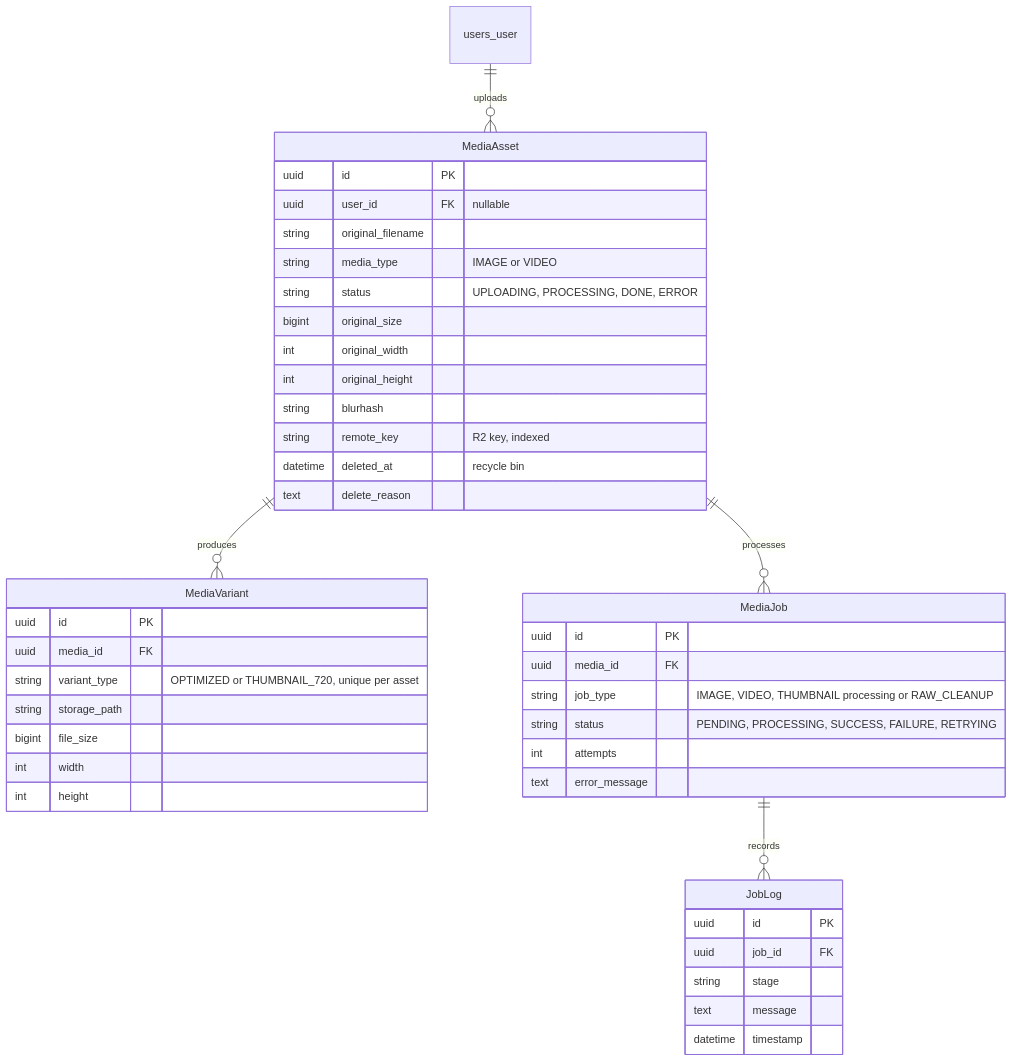
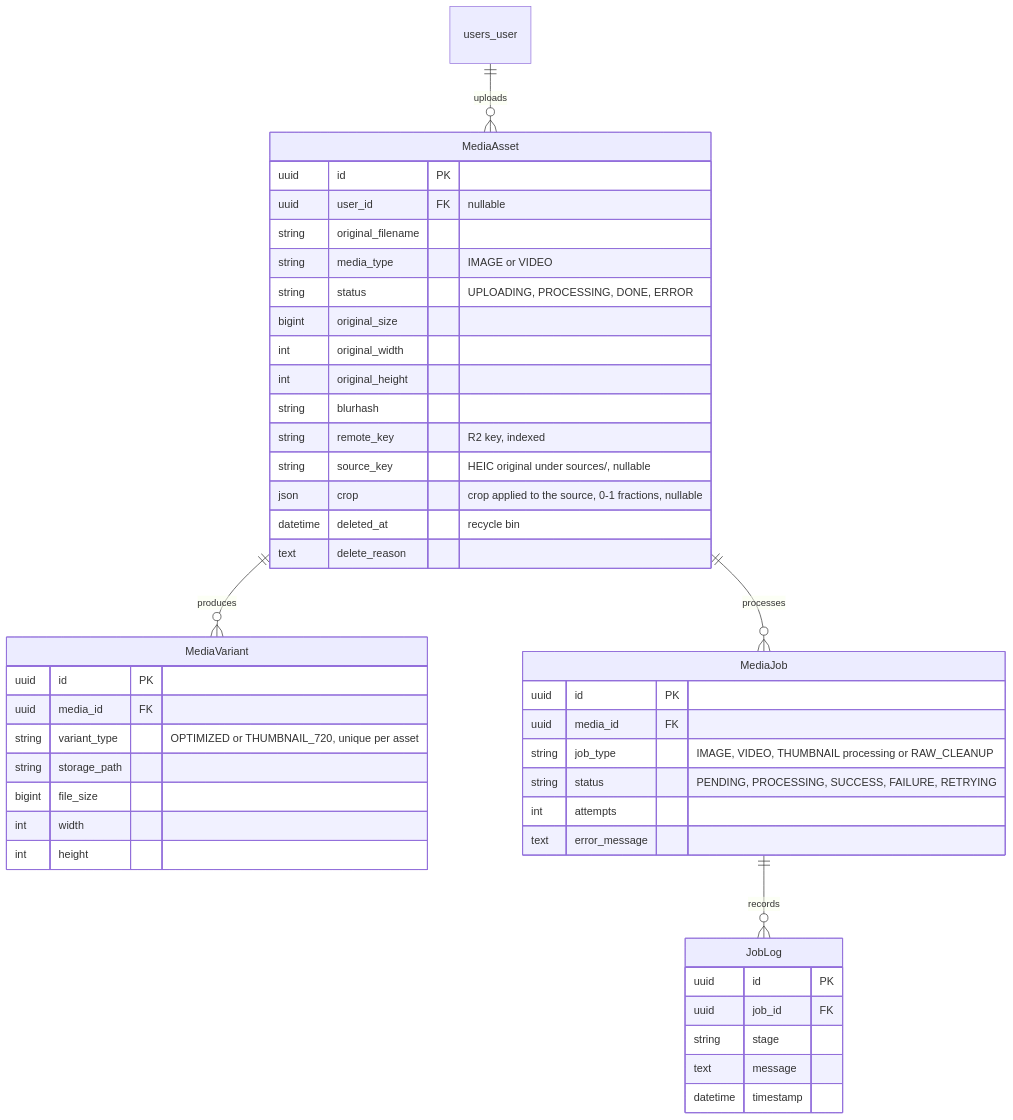
Before and after one commit to ss-travingat/devportal: the second of 5 diagrams in src/docs/Media-Engine.md, drawn with Mermaid. The commit also changed other lines of this file and 2 other files, not shown here.

````diff
--- a/src/docs/Media-Engine.md
+++ b/src/docs/Media-Engine.md
@@ -56,46 +56,48 @@
 ```mermaid
 erDiagram
     users_user ||--o{ MediaAsset : uploads
     MediaAsset ||--o{ MediaVariant : produces
     MediaAsset ||--o{ MediaJob : processes
     MediaJob ||--o{ JobLog : records
 
     MediaAsset {
         uuid id PK
         uuid user_id FK "nullable"
         string original_filename
         string media_type "IMAGE or VIDEO"
         string status "UPLOADING, PROCESSING, DONE, ERROR"
         bigint original_size
         int original_width
         int original_height
         string blurhash
         string remote_key "R2 key, indexed"
+        string source_key "HEIC original under sources/, nullable"
+        json crop "crop applied to the source, 0-1 fractions, nullable"
         datetime deleted_at "recycle bin"
         text delete_reason
     }
     MediaVariant {
         uuid id PK
         uuid media_id FK
         string variant_type "OPTIMIZED or THUMBNAIL_720, unique per asset"
         string storage_path
         bigint file_size
         int width
         int height
     }
     MediaJob {
         uuid id PK
         uuid media_id FK
         string job_type "IMAGE, VIDEO, THUMBNAIL processing or RAW_CLEANUP"
         string status "PENDING, PROCESSING, SUCCESS, FAILURE, RETRYING"
         int attempts
         text error_message
     }
     JobLog {
         uuid id PK
         uuid job_id FK
         string stage
         text message
         datetime timestamp
     }
 ```
````
